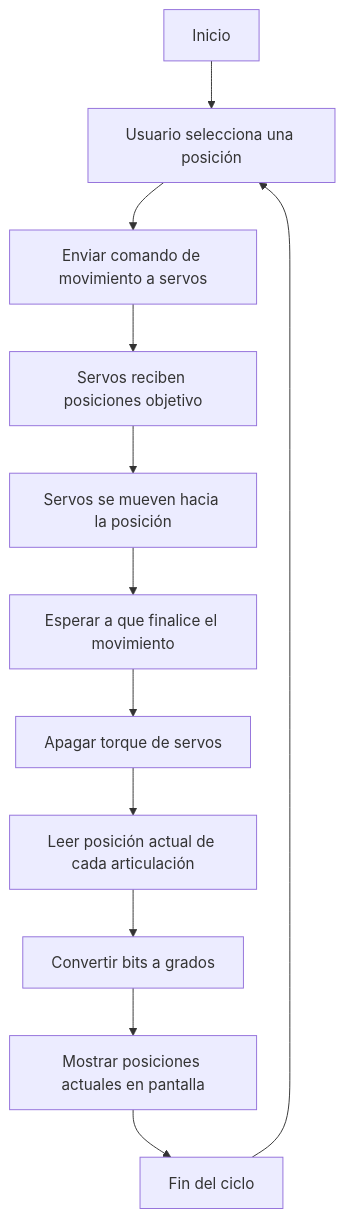
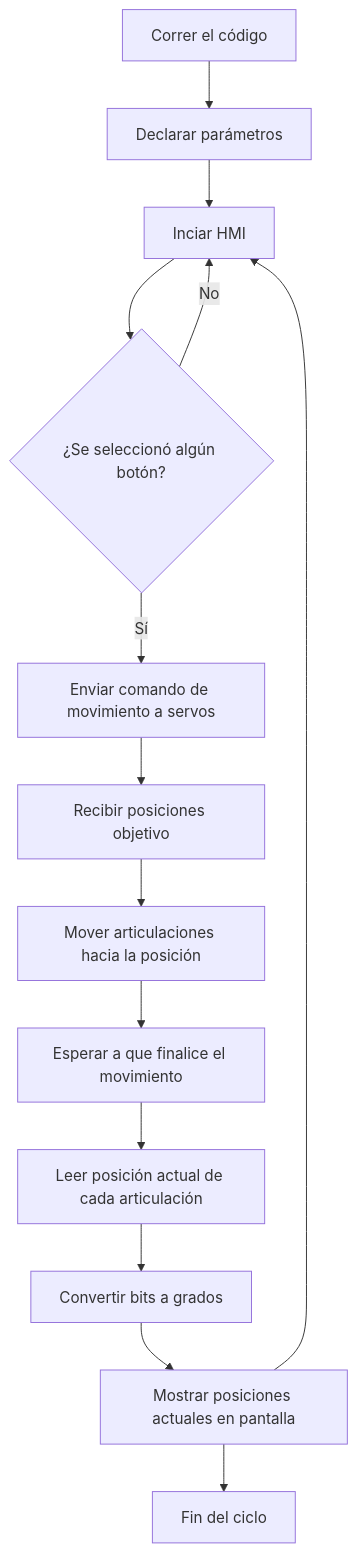
One commit to Juanfe710/Laboratorio_4_Rob-tica changed the diagram in README.md. Above: the diagram before and after it, drawn with Mermaid.

````diff
--- a/README.md
+++ b/README.md
@@ -5,14 +5,16 @@
 ```mermaid
 flowchart TD
-    A[Inicio] --> B[Usuario selecciona una posición]
-    B --> C[Enviar comando de movimiento a servos]
-    C --> D[Servos reciben posiciones objetivo]
-    D --> E[Servos se mueven hacia la posición]
-    E --> F[Esperar a que finalice el movimiento]
-    F --> G[Apagar torque de servos]
-    G --> H[Leer posición actual de cada articulación]
-    H --> I[Convertir bits a grados]
-    I --> J[Mostrar posiciones actuales en pantalla]
-    J --> K[Fin del ciclo]
-    K --> B
+    A[Correr el código] --> B[Declarar parámetros]
+    B --> C[Inciar HMI]
+    C --> D{¿Se seleccionó algún botón?}
+    D -- Sí --> E[Enviar comando de movimiento a servos]
+    D -- No --> C
+    E --> G[Recibir posiciones objetivo]
+    G --> H[Mover articulaciones hacia la posición]
+    H --> I[Esperar a que finalice el movimiento]
+    I --> J[Leer posición actual de cada articulación]
+    J --> K[Convertir bits a grados]
+    K --> L[Mostrar posiciones actuales en pantalla]
+    L --> M[Fin del ciclo]
+    L --> C
 ```
````
